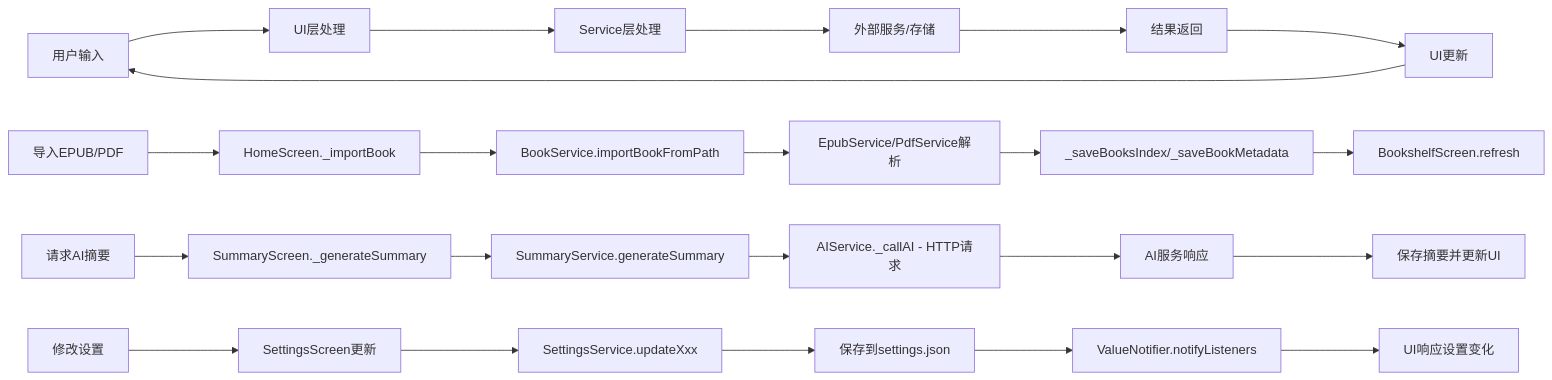
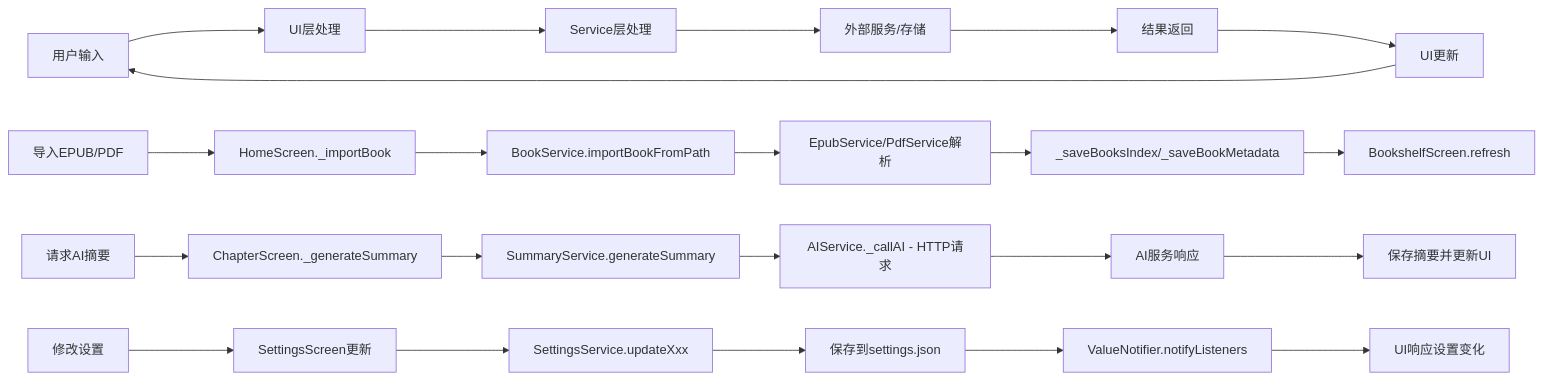
Diagram 11 of 14 in docs/function_call_relationships.md (jjzhang2000/zhidu), drawn with Mermaid before and after one commit. The commit also changed other lines of this file and 30 other files, not shown here.

First line of the commit message:
refactor: 重命名 SummaryScreen 为 ChapterScreen，BookDetailScreen 为 BookScreen

````diff
--- a/docs/function_call_relationships.md
+++ b/docs/function_call_relationships.md
@@ -403,27 +403,27 @@
 ```mermaid
 graph LR
     A[用户输入] --> B[UI层处理]
     B --> C[Service层处理]
     C --> D[外部服务/存储]
     D --> E[结果返回]
     E --> F[UI更新]
     F --> A
     
     A1[导入EPUB/PDF] --> B1[HomeScreen._importBook]
     B1 --> C1[BookService.importBookFromPath]
     C1 --> D1[EpubService/PdfService解析]
     D1 --> E1[_saveBooksIndex/_saveBookMetadata]
     E1 --> F1[BookshelfScreen.refresh]
     
-    A2[请求AI摘要] --> B2[SummaryScreen._generateSummary]
+    A2[请求AI摘要] --> B2[ChapterScreen._generateSummary]
     B2 --> C2[SummaryService.generateSummary]
     C2 --> D2[AIService._callAI - HTTP请求]
     D2 --> E2[AI服务响应]
     E2 --> F2[保存摘要并更新UI]
     
     A3[修改设置] --> B3[SettingsScreen更新]
     B3 --> C3[SettingsService.updateXxx]
     C3 --> D3[保存到settings.json]
     D3 --> E3[ValueNotifier.notifyListeners]
     E3 --> F3[UI响应设置变化]
 ```
````
